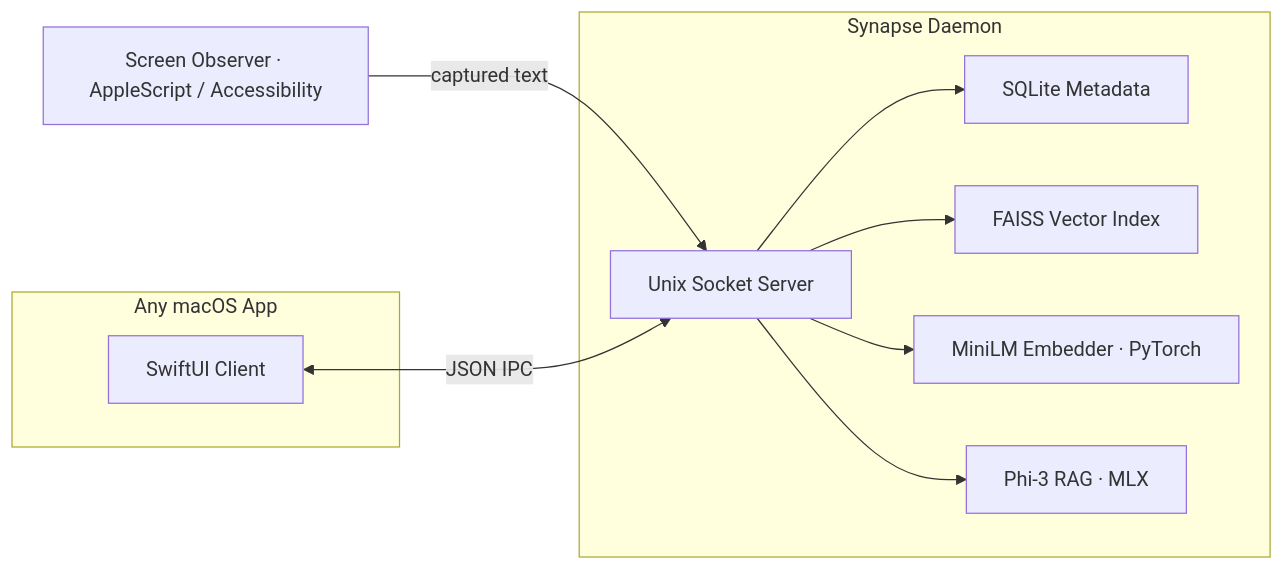
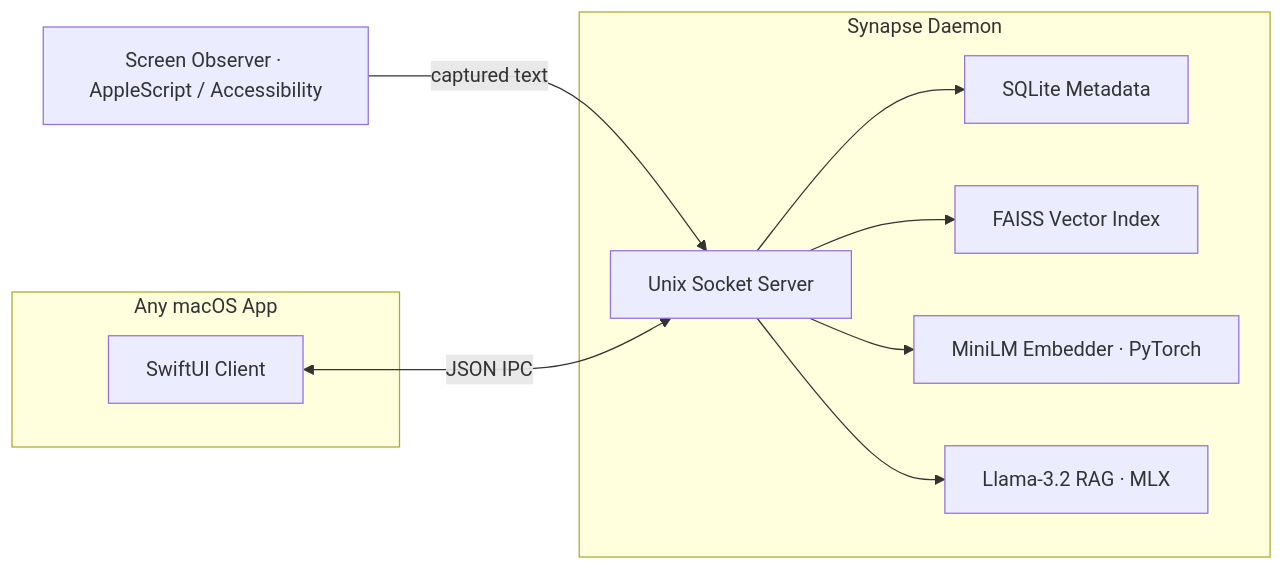
Before and after one commit to Sahith59/Synapse: the diagram in README.md, drawn with Mermaid. The commit also changed other lines of this file and 5 other files, not shown here.

````diff
--- a/README.md
+++ b/README.md
@@ -21,21 +21,21 @@
 ```mermaid
 graph LR
     subgraph Frontend [Any macOS App]
         A[SwiftUI Client]
     end
 
     subgraph Daemon [Synapse Daemon]
         B[Unix Socket Server]
         C[SQLite Metadata]
         D[FAISS Vector Index]
         E[MiniLM Embedder · PyTorch]
-        G[Phi-3 RAG · MLX]
+        G[Llama-3.2 RAG · MLX]
     end
 
     O[Screen Observer · AppleScript / Accessibility] -->|captured text| B
     A <-->|JSON IPC| B
     B --> C
     B --> D
     B --> E
     B --> G
 ```
````
